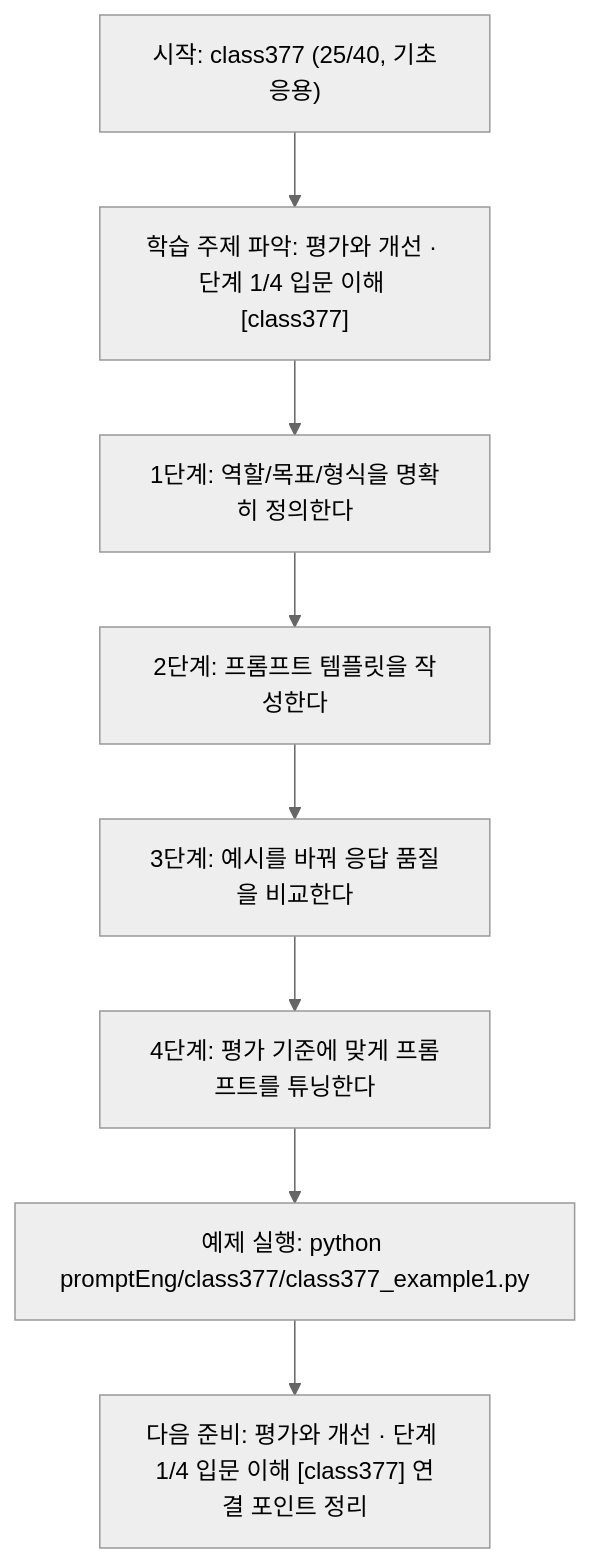
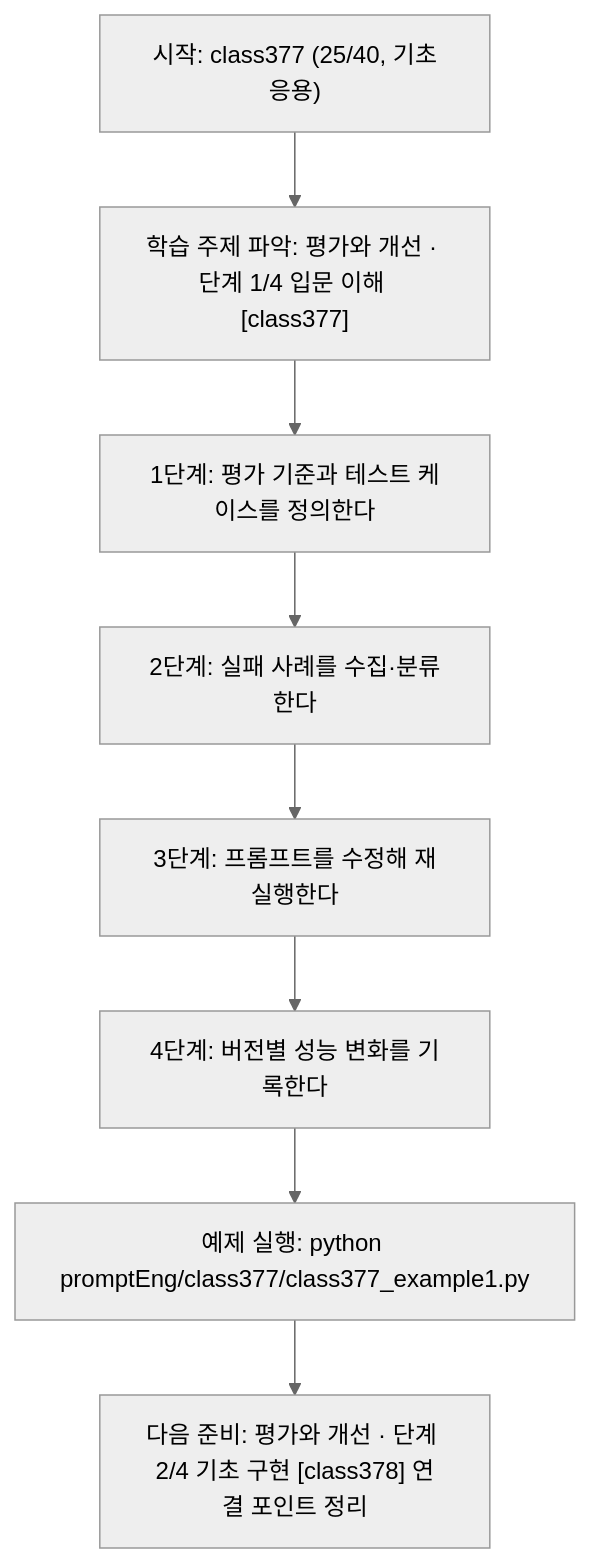
Before and after one commit to edumgt/Python-AI_Agent-Class: the diagram in promptEng/class377/class377.md, drawn with Mermaid (neutral theme). The commit also changed other lines of this file and 283 other files, not shown here.

````diff
--- a/promptEng/class377/class377.md
+++ b/promptEng/class377/class377.md
@@ -109,18 +91,18 @@
 ```mermaid
 flowchart TD
 N1["시작: class377 (25/40, 기초응용)"]
 N2["학습 주제 파악: 평가와 개선 · 단계 1/4 입문 이해 [class377]"]
-N3["1단계: 역할/목표/형식을 명확히 정의한다"]
-N4["2단계: 프롬프트 템플릿을 작성한다"]
-N5["3단계: 예시를 바꿔 응답 품질을 비교한다"]
-N6["4단계: 평가 기준에 맞게 프롬프트를 튜닝한다"]
+N3["1단계: 평가 기준과 테스트 케이스를 정의한다"]
+N4["2단계: 실패 사례를 수집·분류한다"]
+N5["3단계: 프롬프트를 수정해 재실행한다"]
+N6["4단계: 버전별 성능 변화를 기록한다"]
 N7["예제 실행: python promptEng/class377/class377_example1.py"]
-N8["다음 준비: 평가와 개선 · 단계 1/4 입문 이해 [class377] 연결 포인트 정리"]
+N8["다음 준비: 평가와 개선 · 단계 2/4 기초 구현 [class378] 연결 포인트 정리"]
 N1 --> N2
 N2 --> N3
 N3 --> N4
 N4 --> N5
 N5 --> N6
 N6 --> N7
 N7 --> N8
 ```
````
